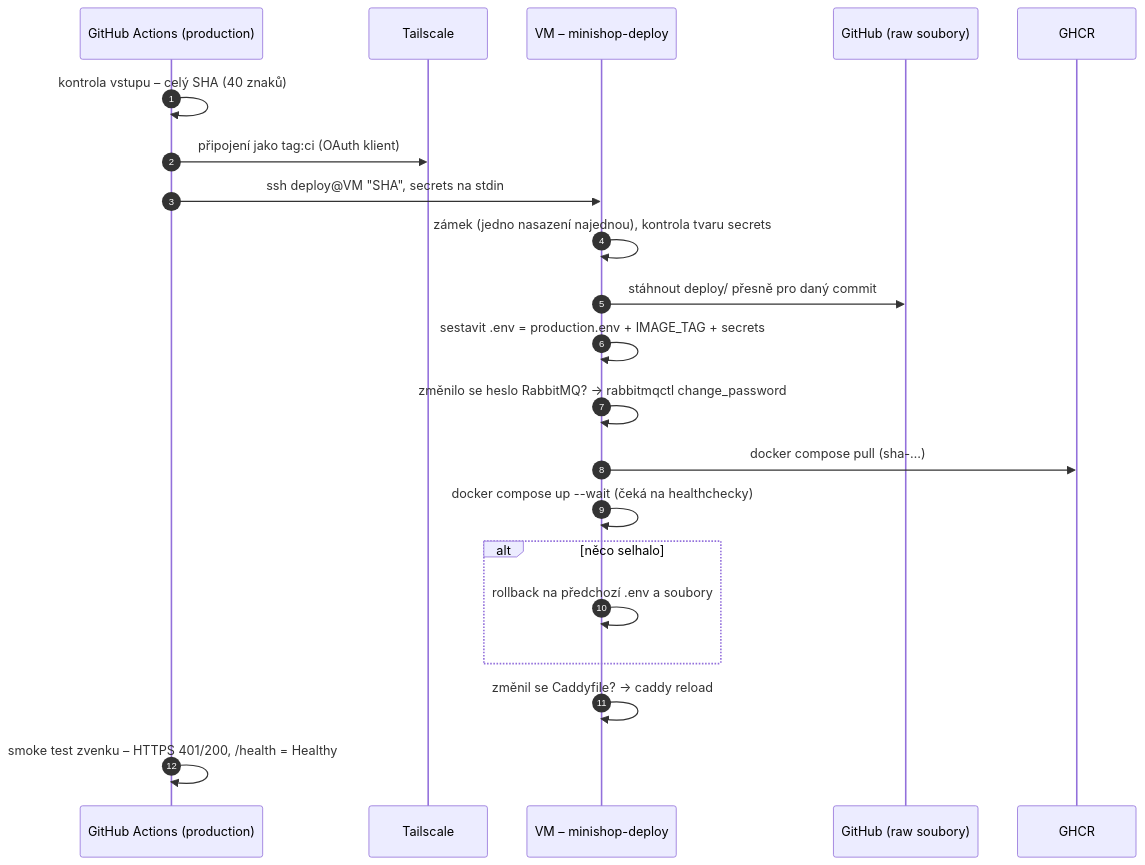
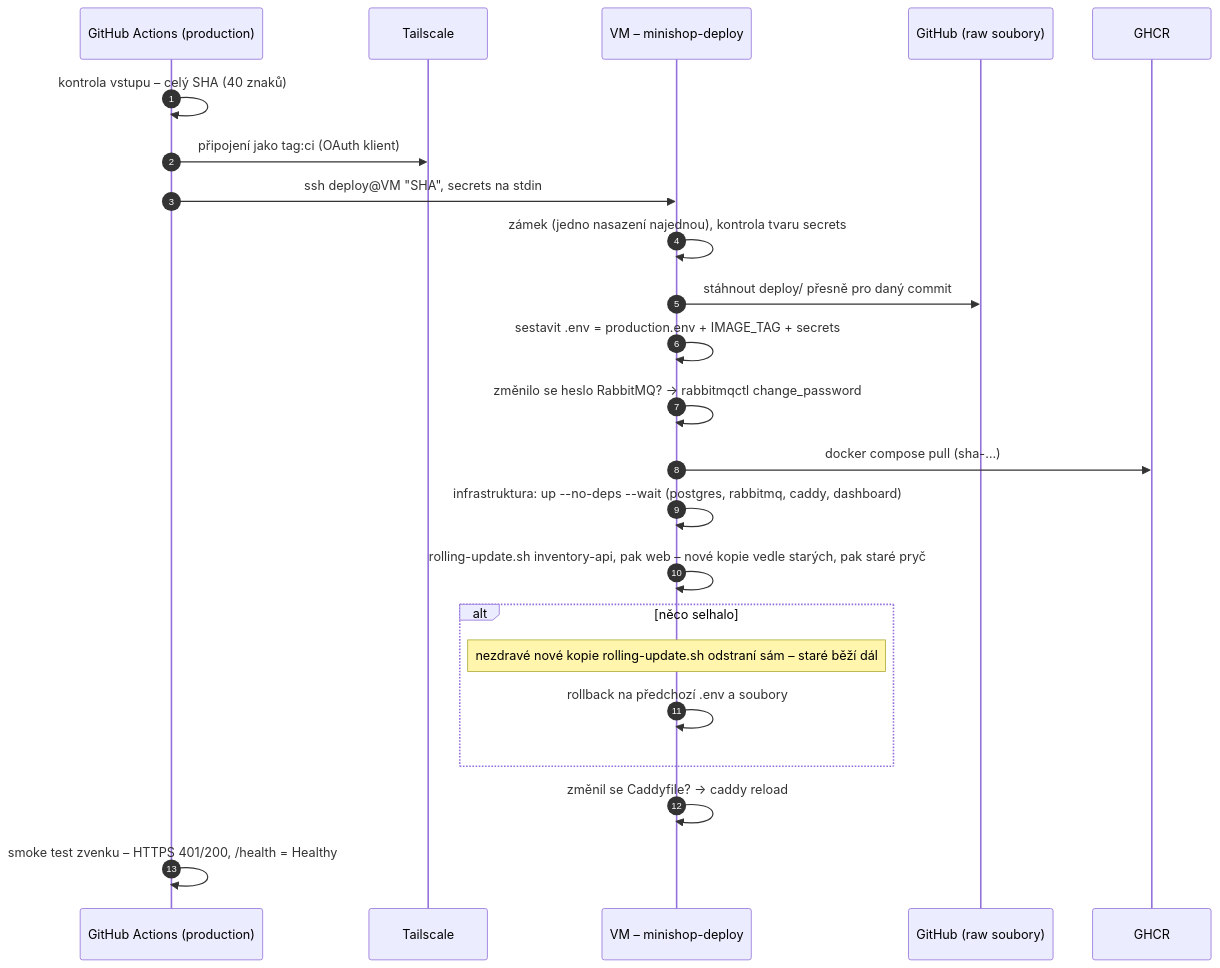
The first of 2 diagrams in docs/prirucka/github/cd.md (ftichy/MiniShop), drawn with Mermaid before and after one commit. The commit also changed other lines of this file and 11 other files, not shown here.

````diff
--- a/docs/prirucka/github/cd.md
+++ b/docs/prirucka/github/cd.md
@@ -14,24 +14,26 @@
 ```mermaid
 sequenceDiagram
     autonumber
     participant GA as GitHub Actions (production)
     participant TS as Tailscale
     participant VM as VM – minishop-deploy
     participant GH as GitHub (raw soubory)
     participant R as GHCR
 
     GA->>GA: kontrola vstupu – celý SHA (40 znaků)
     GA->>TS: připojení jako tag:ci (OAuth klient)
     GA->>VM: ssh deploy@VM "SHA", secrets na stdin
     VM->>VM: zámek (jedno nasazení najednou), kontrola tvaru secrets
     VM->>GH: stáhnout deploy/ přesně pro daný commit
     VM->>VM: sestavit .env = production.env + IMAGE_TAG + secrets
     VM->>VM: změnilo se heslo RabbitMQ? → rabbitmqctl change_password
     VM->>R: docker compose pull (sha-…)
-    VM->>VM: docker compose up --wait (čeká na healthchecky)
+    VM->>VM: infrastruktura: up --no-deps --wait (postgres, rabbitmq, caddy, dashboard)
+    VM->>VM: rolling-update.sh inventory-api, pak web – nové kopie vedle starých, pak staré pryč
     alt něco selhalo
+        Note over VM: nezdravé nové kopie rolling-update.sh odstraní sám – staré běží dál
         VM->>VM: rollback na předchozí .env a soubory
     end
     VM->>VM: změnil se Caddyfile? → caddy reload
     GA->>GA: smoke test zvenku – HTTPS 401/200, /health = Healthy
 ```
````
